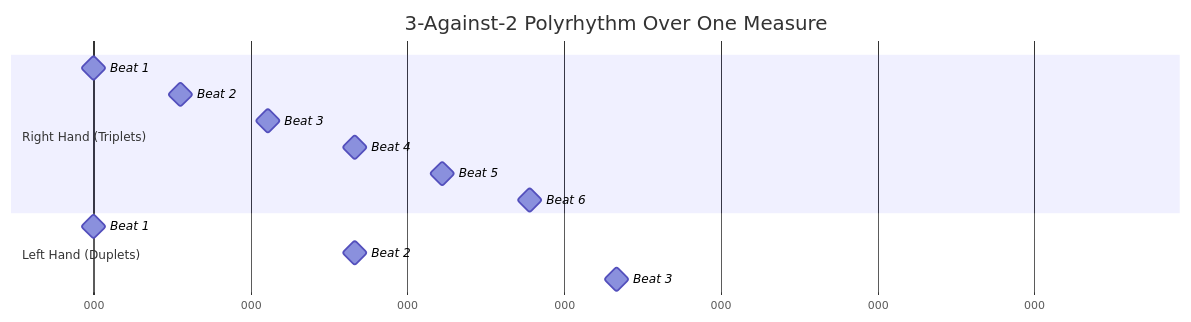
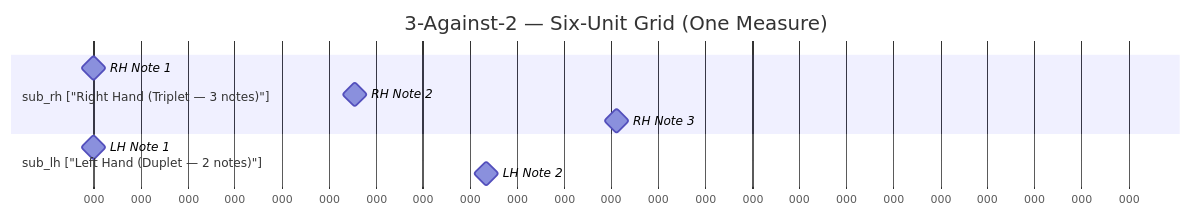
The third of 6 diagrams in topics/arts/music_performance/piano/labs.md (blebleblee/synapse), drawn with Mermaid before and after one commit. The commit also changed other lines of this file and 4 other files, not shown here.

````diff
--- a/topics/arts/music_performance/piano/labs.md
+++ b/topics/arts/music_performance/piano/labs.md
@@ -133,19 +446,15 @@
 ```mermaid
 gantt
-    title 3-Against-2 Polyrhythm Over One Measure
+    title 3-Against-2 — Six-Unit Grid (One Measure)
     dateFormat X
     axisFormat %L
 
-    section Right Hand (Triplets)
-    Beat 1 :milestone, 0, 0
-    Beat 2 :milestone, 333, 333
-    Beat 3 :milestone, 667, 667
-    Beat 4 :milestone, 1000, 1000
-    Beat 5 :milestone, 1333, 1333
-    Beat 6 :milestone, 1667, 1667
+    section sub_rh ["Right Hand (Triplet — 3 notes)"]
+    RH Note 1   :milestone, 0, 0
+    RH Note 2   :milestone, 666, 666
+    RH Note 3   :milestone, 1333, 1333
 
-    section Left Hand (Duplets)
-    Beat 1 :milestone, 0, 0
-    Beat 2 :milestone, 1000, 1000
-    Beat 3 :milestone, 2000, 2000
+    section sub_lh ["Left Hand (Duplet — 2 notes)"]
+    LH Note 1   :milestone, 0, 0
+    LH Note 2   :milestone, 1000, 1000
 ```
````
